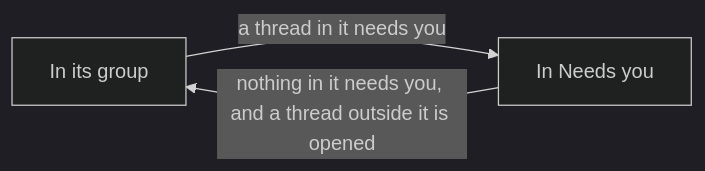
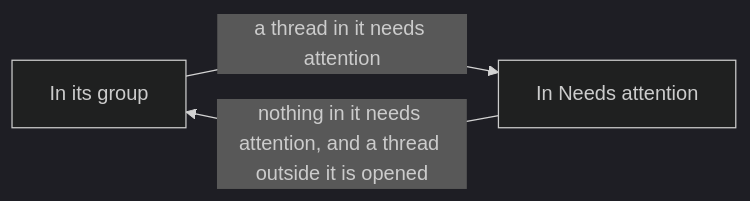
Before and after one commit to gperezmz/bb-plugins: the second of 2 diagrams in docs/explanation/thread-glance-attention.md, drawn with Mermaid (dark theme). The commit also changed other lines of this file and 39 other files, not shown here.

First line of the commit message:
feat(thread-glance): Needs attention, state-driven brightness and why lines (#41)

````diff
--- a/docs/explanation/thread-glance-attention.md
+++ b/docs/explanation/thread-glance-attention.md
@@ -42,5 +42,5 @@
 ```mermaid
 flowchart LR
-  group["In its group"] -->|"a thread in it needs you"| section["In Needs you"]
-  section -->|"nothing in it needs you, and a thread outside it is opened"| group
+  group["In its group"] -->|"a thread in it needs attention"| section["In Needs attention"]
+  section -->|"nothing in it needs attention, and a thread outside it is opened"| group
 ```
````
